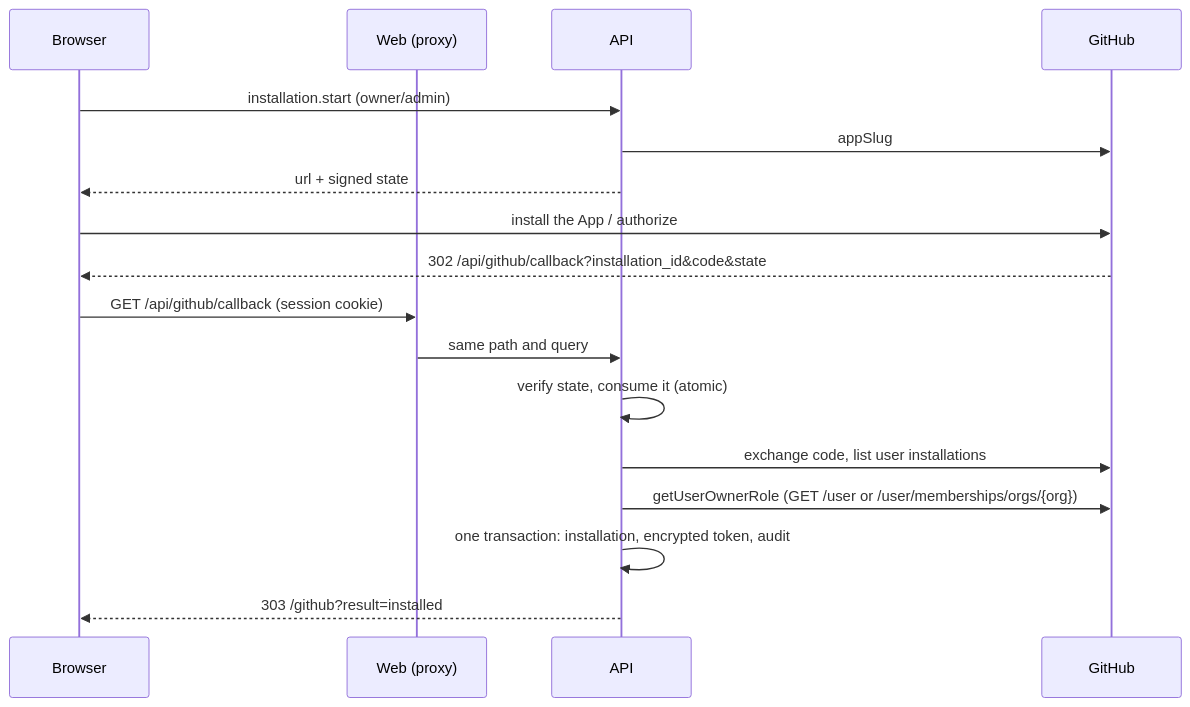
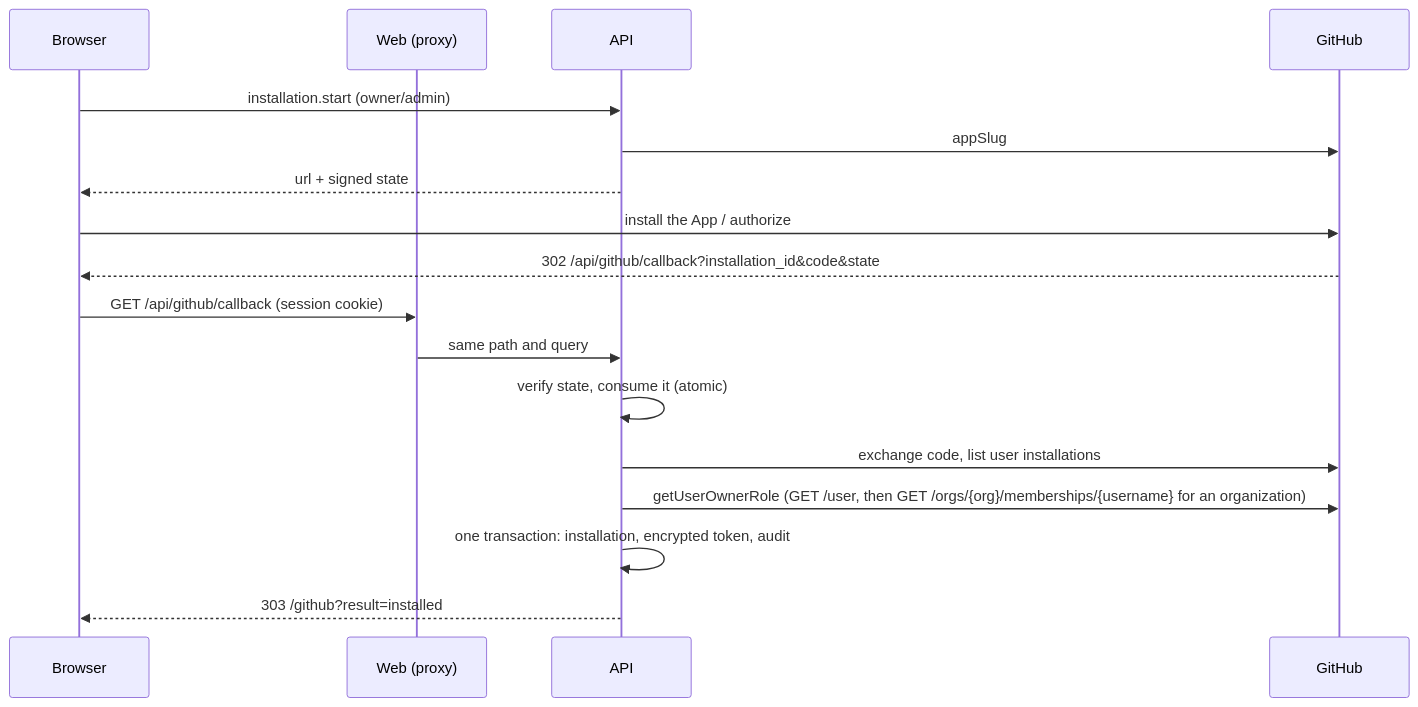
One commit to koklo-dev/koklo changed the fourth of 4 diagrams in docs/api-contract.md. Above: the diagram before and after it, drawn with Mermaid. The commit also changed other lines of this file and 8 other files, not shown here.

First line of the commit message:
fix(github): read the org membership through the orgs endpoint

````diff
--- a/docs/api-contract.md
+++ b/docs/api-contract.md
@@ -950,19 +950,19 @@
 ```mermaid
 sequenceDiagram
   participant B as Browser
   participant W as Web (proxy)
   participant A as API
   participant G as GitHub
   B->>A: installation.start (owner/admin)
   A->>G: appSlug
   A-->>B: url + signed state
   B->>G: install the App / authorize
   G-->>B: 302 /api/github/callback?installation_id&code&state
   B->>W: GET /api/github/callback (session cookie)
   W->>A: same path and query
   A->>A: verify state, consume it (atomic)
   A->>G: exchange code, list user installations
-  A->>G: getUserOwnerRole (GET /user or /user/memberships/orgs/{org})
+  A->>G: getUserOwnerRole (GET /user, then GET /orgs/{org}/memberships/{username} for an organization)
   A->>A: one transaction: installation, encrypted token, audit
   A-->>B: 303 /github?result=installed
 ```
````
